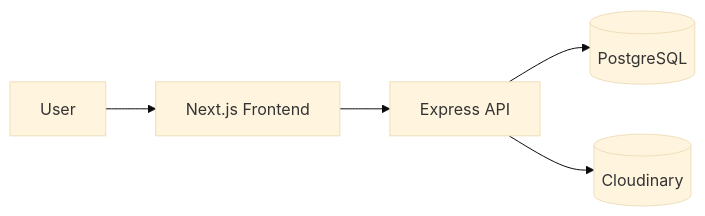
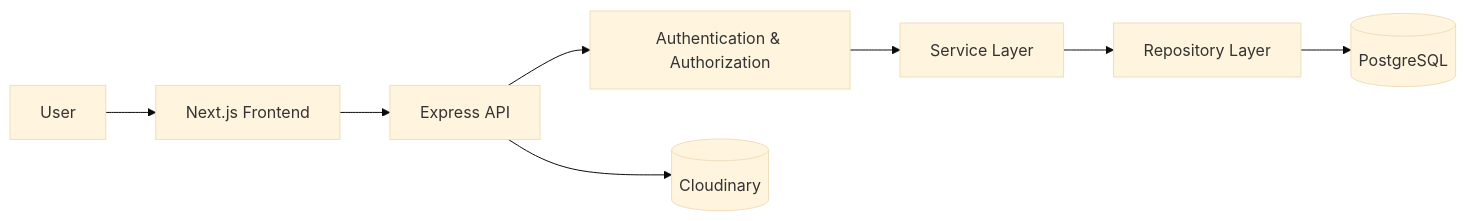
Before and after one commit to muhfayizsyamsuddin/opsora: the first of 4 diagrams in docs/02-design/architecture.md, drawn with Mermaid (base theme). The commit also changed other lines of this file, not shown here.

````diff
--- a/docs/02-design/architecture.md
+++ b/docs/02-design/architecture.md
@@ -39,21 +54,33 @@
 ```mermaid
 flowchart LR
 
 U[User]
 
 F[Next.js Frontend]
 
 B[Express API]
 
+AUTH[Authentication & Authorization]
+
+S[Service Layer]
+
+R[Repository Layer]
+
 DB[(PostgreSQL)]
 
 C[(Cloudinary)]
 
 U --> F
 
 F --> B
 
-B --> DB
+B --> AUTH
+
+AUTH --> S
+
+S --> R
+
+R --> DB
 
 B --> C
 ```
````
